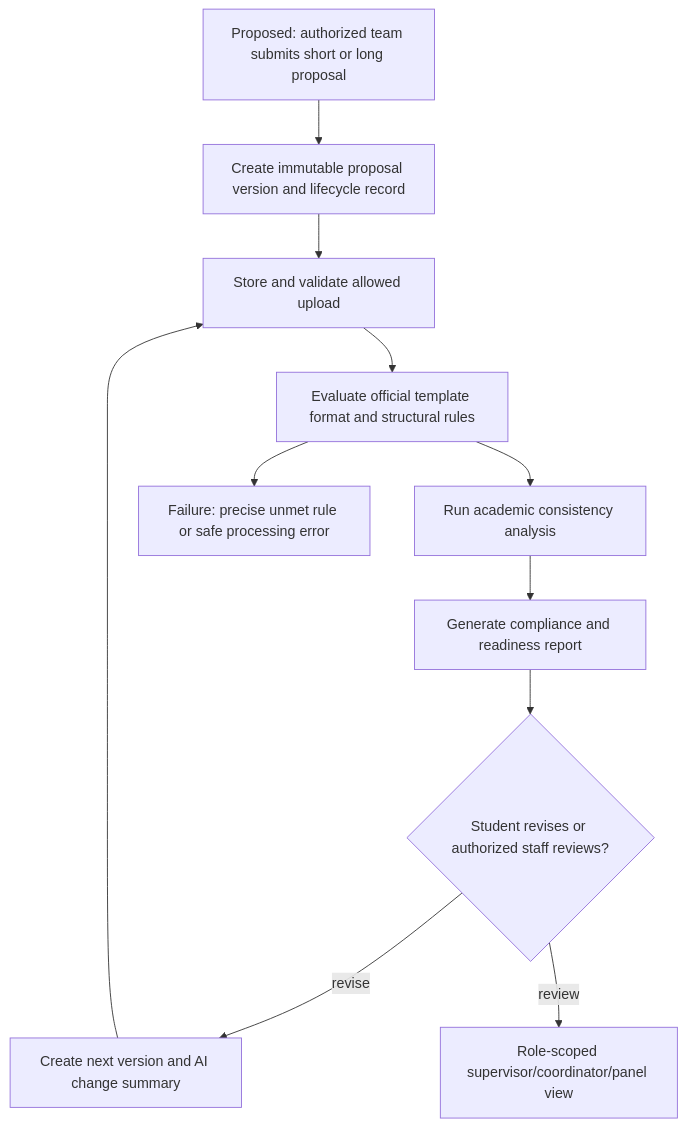
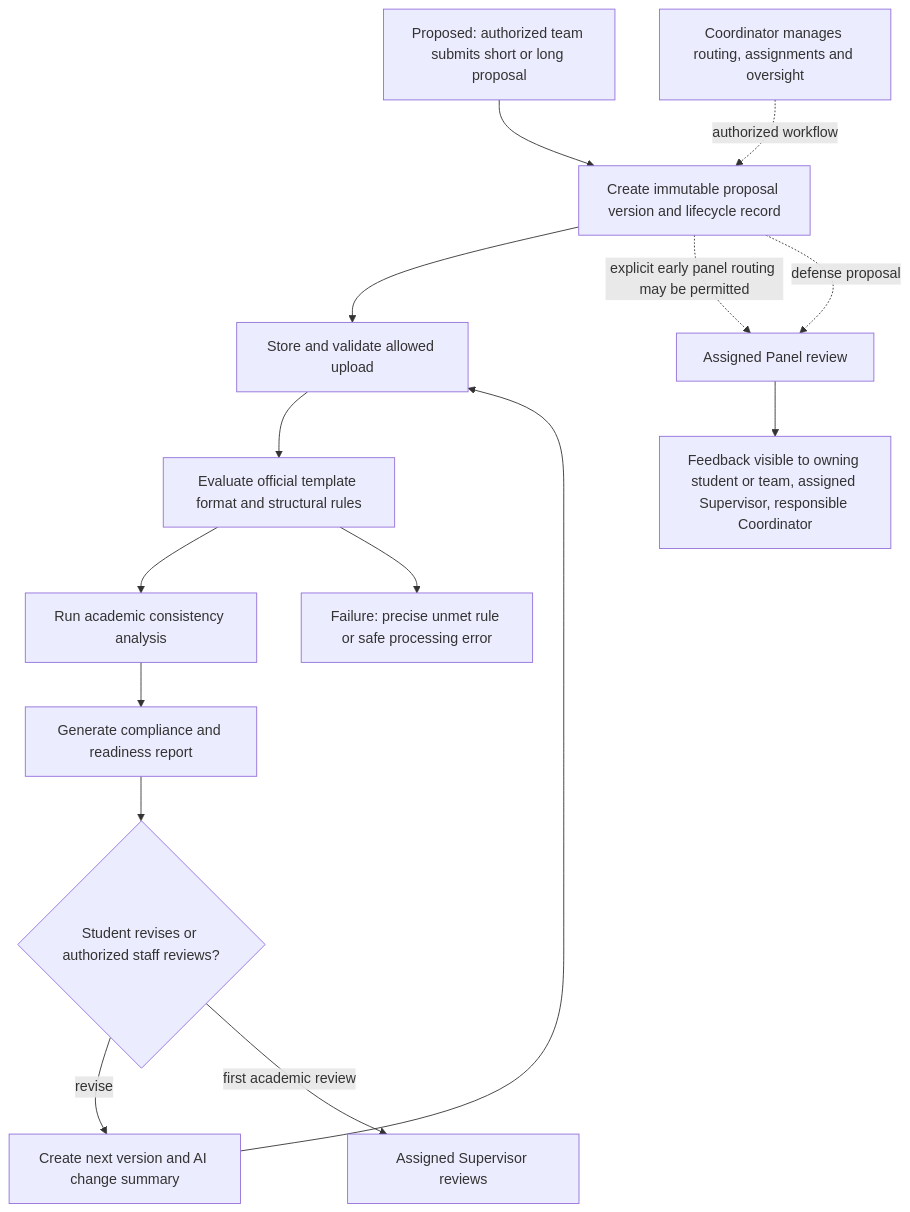
One commit to farazd63/FYPHub changed diagram 11 of 11 in docs/p1-workflows.md. Above: the diagram before and after it, drawn with Mermaid. The commit also changed other lines of this file and 16 other files, not shown here.

````diff
--- a/docs/p1-workflows.md
+++ b/docs/p1-workflows.md
@@ -223,13 +244,17 @@
 ```mermaid
 flowchart TD
     A[Proposed: authorized team submits short or long proposal] --> B[Create immutable proposal version and lifecycle record]
     B --> C[Store and validate allowed upload]
     C --> D[Evaluate official template format and structural rules]
     D --> E[Run academic consistency analysis]
     E --> F[Generate compliance and readiness report]
     F --> G{Student revises or authorized staff reviews?}
     G -->|revise| H[Create next version and AI change summary]
     H --> C
-    G -->|review| I[Role-scoped supervisor/coordinator/panel view]
+    G -->|first academic review| I[Assigned Supervisor reviews]
+    B -. explicit early panel routing may be permitted .-> P[Assigned Panel review]
+    B -. defense proposal .-> P
+    P --> V[Feedback visible to owning student or team, assigned Supervisor, responsible Coordinator]
+    K[Coordinator manages routing, assignments and oversight] -. authorized workflow .-> B
     D --> X[Failure: precise unmet rule or safe processing error]
 ```
````
